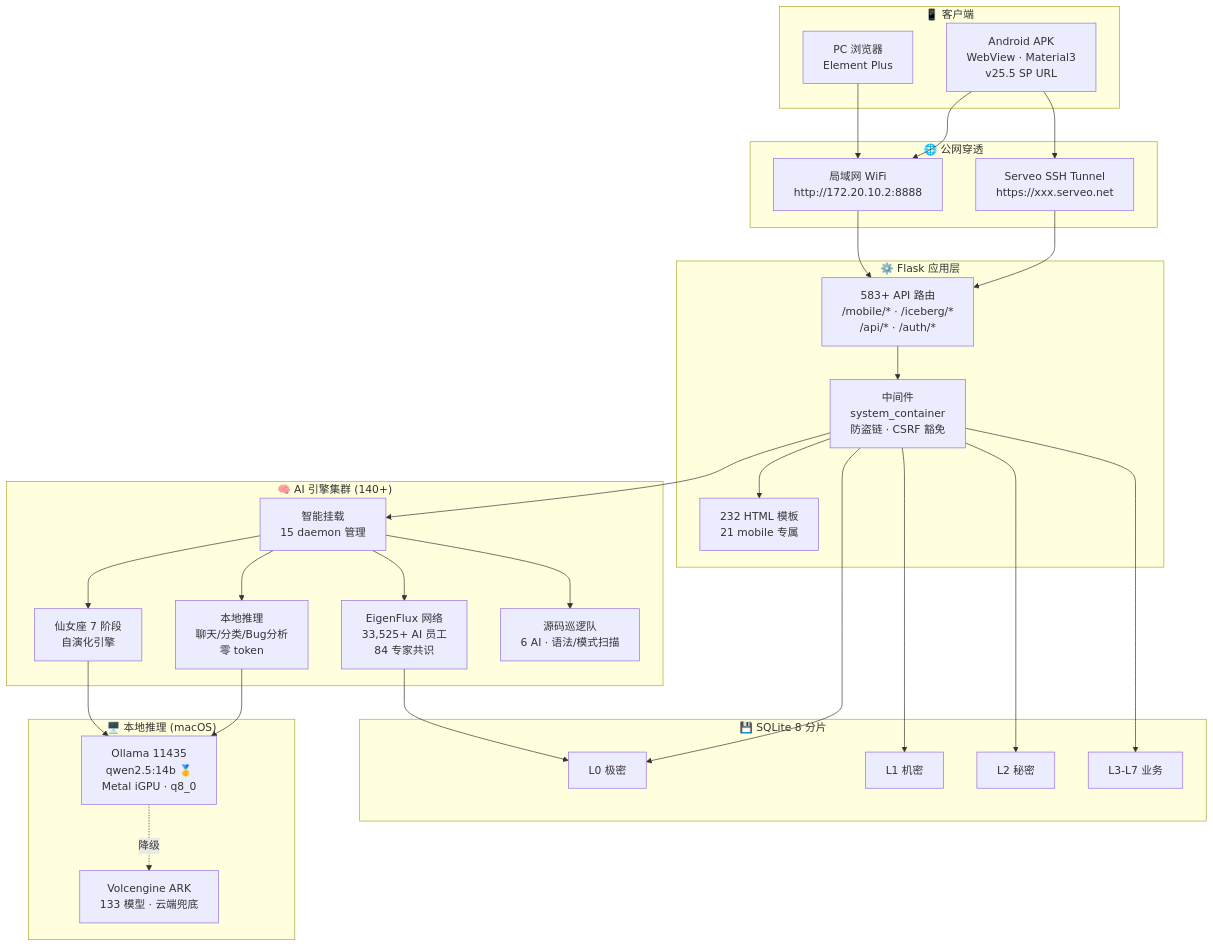
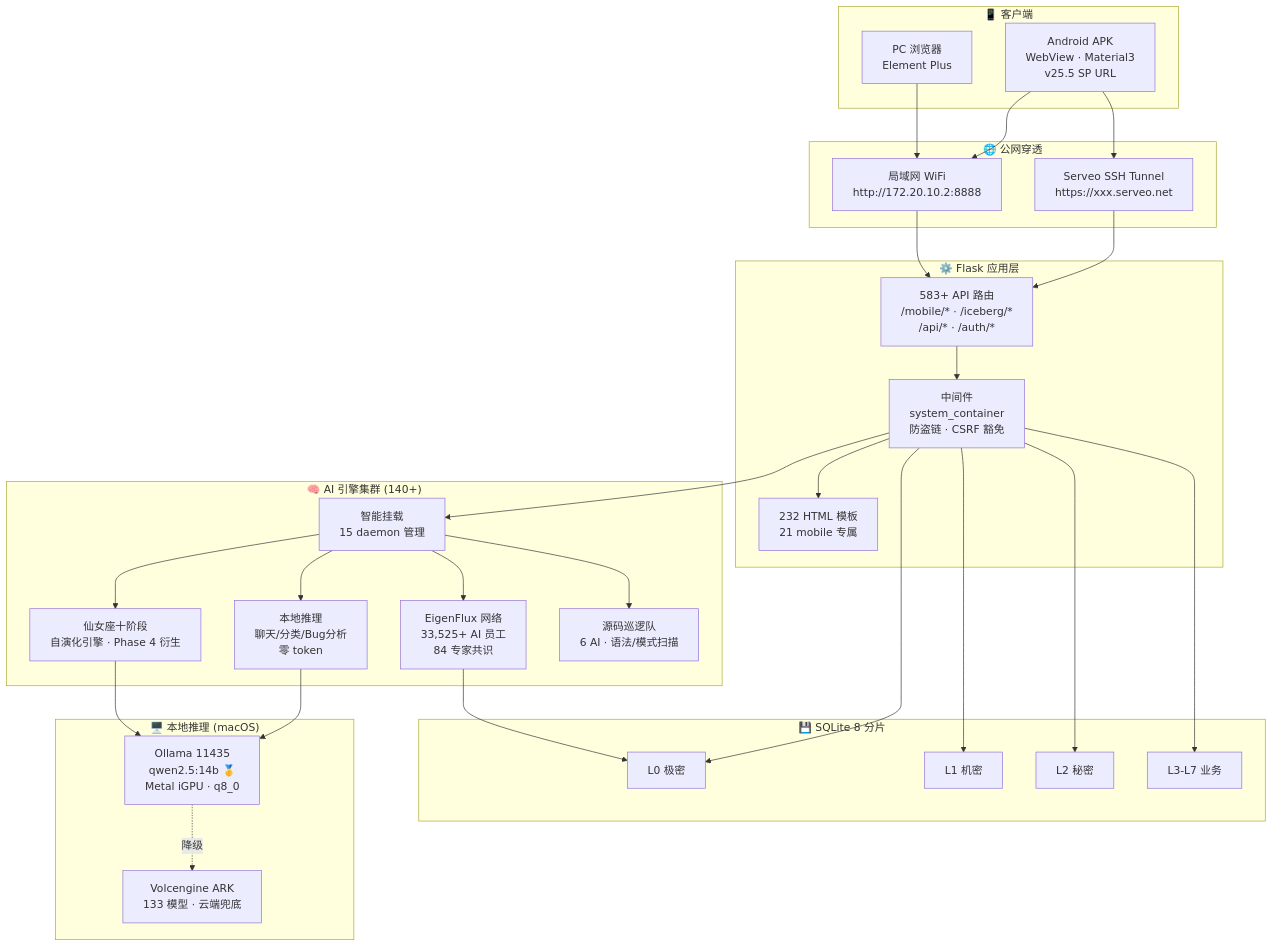
One commit to wuchenghao15/MTSCOS changed the diagram in README.md. Above: the diagram before and after it, drawn with Mermaid. The commit also changed other lines of this file and 2 other files, not shown here.

First line of the commit message:
docs: README + ARCHITECTURE + CHANGELOG 同步十阶段演化引擎

````diff
--- a/README.md
+++ b/README.md
@@ -52,59 +52,59 @@
 ```mermaid
 graph TB
     subgraph "📱 客户端"
         APK["Android APK<br>WebView · Material3<br>v25.5 SP URL"]
         WEB["PC 浏览器<br>Element Plus"]
     end
 
     subgraph "🌐 公网穿透"
         SEREO["Serveo SSH Tunnel<br>https://xxx.serveo.net"]
         LAN["局域网 WiFi<br>http://172.20.10.2:8888"]
     end
 
     subgraph "⚙️ Flask 应用层"
         ROUTES["583+ API 路由<br>/mobile/* · /iceberg/*<br>/api/* · /auth/*"]
         MW["中间件<br>system_container<br>防盗链 · CSRF 豁免"]
         TEMPLATES["232 HTML 模板<br>21 mobile 专属"]
     end
 
     subgraph "🧠 AI 引擎集群 (140+)"
         SMART["智能挂载<br>15 daemon 管理"]
         LOCAL["本地推理<br>聊天/分类/Bug分析<br>零 token"]
-        EVOLVE["仙女座 7 阶段<br>自演化引擎"]
+        EVOLVE["仙女座十阶段<br>自演化引擎 · Phase 4 衍生"]
         EIGEN["EigenFlux 网络<br>33,525+ AI 员工<br>84 专家共识"]
         PATROL["源码巡逻队<br>6 AI · 语法/模式扫描"]
     end
 
     subgraph "💾 SQLite 8 分片"
         DB1["L0 极密"]
         DB2["L1 机密"]
         DB3["L2 秘密"]
         DB4["L3-L7 业务"]
     end
 
     subgraph "🖥️ 本地推理 (macOS)"
         OLLAMA["Ollama 11435<br>qwen2.5:14b 🥇<br>Metal iGPU · q8_0"]
         VOLC["Volcengine ARK<br>133 模型 · 云端兜底"]
     end
 
     APK --> SEREO
     APK --> LAN
     WEB --> LAN
     SEREO --> ROUTES
     LAN --> ROUTES
     ROUTES --> MW
     MW --> TEMPLATES
     MW --> DB1
     MW --> DB2
     MW --> DB3
     MW --> DB4
     MW --> SMART
     SMART --> LOCAL
     SMART --> EVOLVE
     SMART --> EIGEN
     SMART --> PATROL
     LOCAL --> OLLAMA
     EVOLVE --> OLLAMA
     OLLAMA -.->|降级| VOLC
     EIGEN --> DB1
 ```
````
